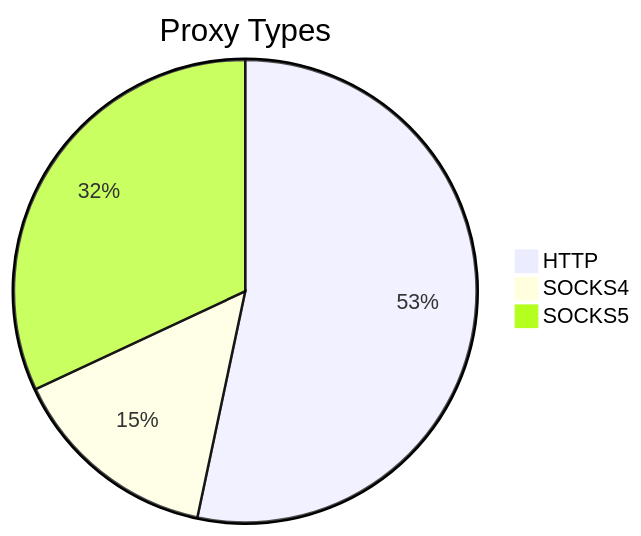
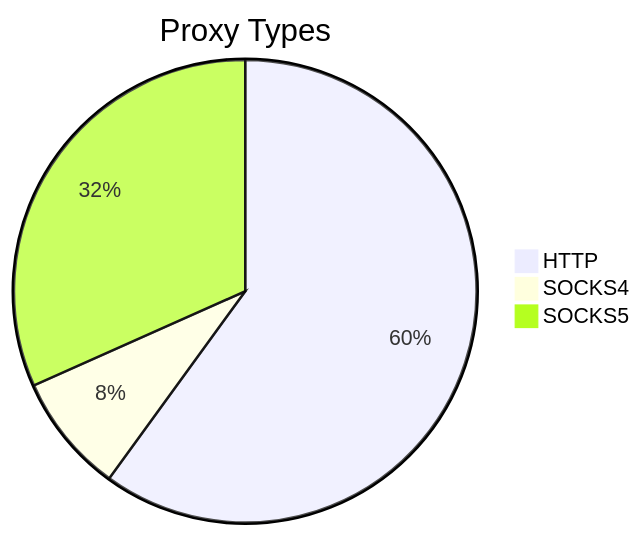
The first of 2 diagrams in README.md (stormsia/proxy-list), drawn with Mermaid before and after one commit. The commit also changed other lines of this file, not shown here.

````diff
--- a/README.md
+++ b/README.md
@@ -21,6 +21,6 @@
 ```mermaid
 pie title Proxy Types
-    "HTTP" : 297
-    "SOCKS4" : 82
-    "SOCKS5" : 178
+    "HTTP" : 180
+    "SOCKS4" : 25
+    "SOCKS5" : 95
 ```
````
